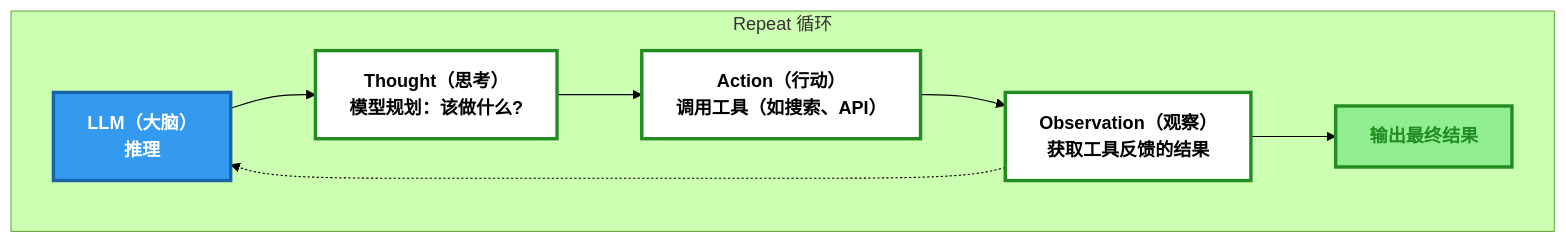
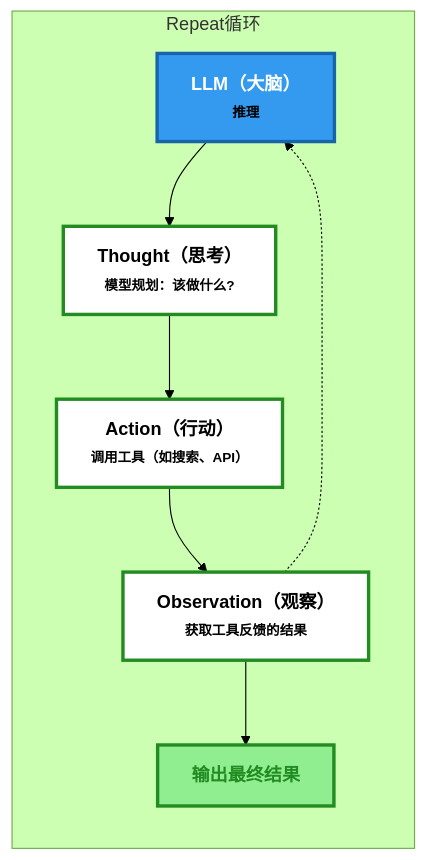
Before and after one commit to Libao-Jun/learn-ai-agent: the third of 3 diagrams in src/content/blog/ai-agent.md, drawn with Mermaid (forest theme).

Commit message:
chore(ai-agent): 调整 从 Prompt 到 Reasoning Loop 中流程图的节点文本尺寸

````diff
--- a/src/content/blog/ai-agent.md
+++ b/src/content/blog/ai-agent.md
@@ -86,22 +86,22 @@
 ```mermaid
-  graph TB
-    subgraph Execution[Repeat 循环]
-      A[LLM（大脑）<br>推理]
-      B[Thought（思考）<br>模型规划：该做什么?]
-      C[Action（行动）<br>调用工具（如搜索、API）]
-      D[Observation（观察）<br>获取工具反馈的结果]
+  graph LR
+    subgraph Execution[Repeat循环]
+      A[LLM（大脑）<br><span style='font-size:12px'>推理</span>]
+      B[Thought（思考）<br><span style='font-size:12px'>模型规划：该做什么?</span>]
+      C[Action（行动）<br><span style='font-size:12px'>调用工具（如搜索、API）</span>]
+      D[Observation（观察）<br><span style='font-size:12px'>获取工具反馈的结果</span>]
       E[输出最终结果]
 
       A --> B
       B --> C
       C --> D
       D -.-> A
       D --> E
     end
 
     style A fill:#339af0,stroke:#1864ab,stroke-width:3px,color:#fff,font-weight:700
     style B fill:#fff,stroke:#228B22,stroke-width:3px,color:#000,font-weight:700
     style C fill:#fff,stroke:#228B22,stroke-width:3px,color:#000,font-weight:700
     style D fill:#fff,stroke:#228B22,stroke-width:3px,color:#000,font-weight:700
     style E fill:#90EE90,stroke:#228B22,stroke-width:3px,color:#228B22,font-weight:700
 ```
````
